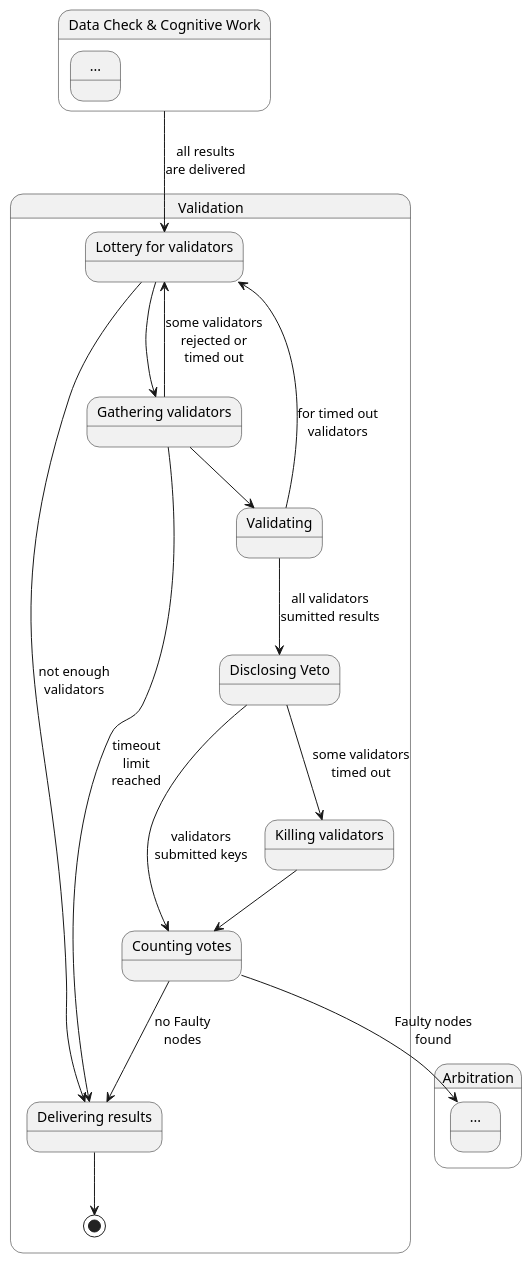
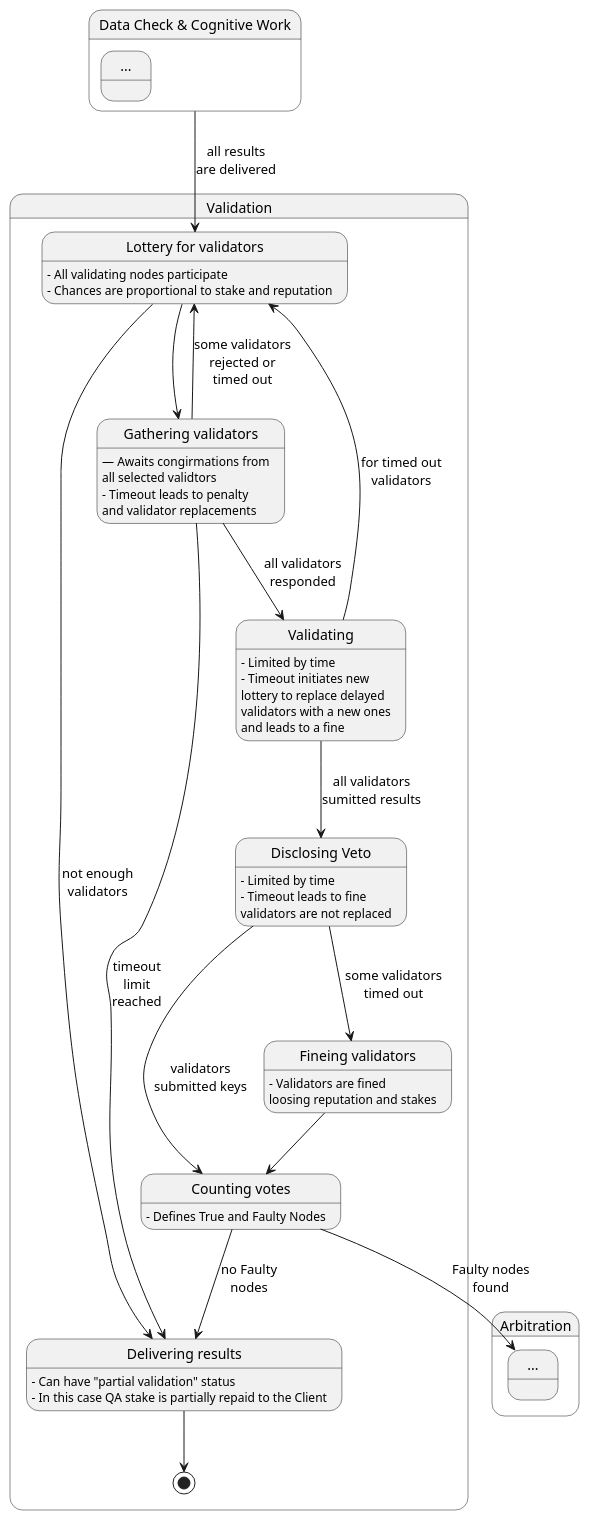
Before and after one commit to pandoraboxchain/pocw-techspecs: the diagram in state_validation.plantuml, drawn with PlantUML.

```diff
--- a/state_validation.plantuml
+++ b/state_validation.plantuml
@@ -1,35 +1,61 @@
 @startuml
 state "Data Check & Cognitive Work" as cognition {
   state "..." as prev
 }
 
 state "Validation" as validation {
-  state "Lottery for validators" as lottery2
-  state "Gathering validators" as wait2
+  state "Lottery for validators" as lottery
+  state "Gathering validators" as wait
   state "Validating" as validating
-  state "Disclosing Veto" as disclosing1
-  state "Counting votes" as counting1
-  state "Killing validators" as killing1
-  state "Delivering results" as delivering1
+  state "Disclosing Veto" as disclosing
+  state "Counting votes" as counting
+  state "Fineing validators" as fineing
+  state "Delivering results" as delivering
 
-  cognition --> lottery2: all results\nare delivered
-  lottery2 --> wait2
-  lottery2 --> delivering1: not enough\nvalidators
-  wait2 --> lottery2: some validators\nrejected or\ntimed out
-  wait2 --> validating
-  wait2 --> delivering1: timeout\nlimit\nreached
-  validating --> lottery2: for timed out\nvalidators
-  validating --> disclosing1: all validators\nsumitted results
-  disclosing1 --> counting1: validators\nsubmitted keys
-  disclosing1 --> killing1: some validators\ntimed out
-  killing1 --> counting1
-  counting1 --> delivering1: no Faulty\nnodes
-  delivering1 --> [*]
+  lottery: – All validating nodes participate
+  lottery: – Chances are proportional to stake and reputation
+
+  wait: — Awaits congirmations from
+  wait:   all selected validtors
+  wait: – Timeout leads to penalty
+  wait:   and validator replacements
+
+  delivering: – Can have "partial validation" status
+  delivering: – In this case QA stake is partially repaid to the Client
+
+  validating: – Limited by time
+  validating: – Timeout initiates new
+  validating:   lottery to replace delayed
+  validating:   validators with a new ones
+  validating:   and leads to a fine
+
+  disclosing: – Limited by time
+  disclosing: – Timeout leads to fine
+  disclosing:   validators are not replaced
+
+  fineing: – Validators are fined
+  fineing:   loosing reputation and stakes
+
+  counting: – Defines True and Faulty Nodes
+
+  cognition --> lottery: all results\nare delivered
+  lottery --> wait
+  lottery --> delivering: not enough\nvalidators
+  wait --> lottery: some validators\nrejected or\ntimed out
+  wait --> validating: all validators\nresponded
+  wait --> delivering: timeout\nlimit\nreached
+  validating --> disclosing: all validators\nsumitted results
+  validating --> lottery: for timed out\nvalidators
+  disclosing --> counting: validators\nsubmitted keys
+  disclosing --> fineing: some validators\ntimed out
+  fineing --> counting
+  counting --> delivering: no Faulty\nnodes
+  delivering --> [*]
 }
 
 state "Arbitration" as arbitration {
   state "..." as more
 }
 
-counting1 --> more: Faulty nodes\nfound
+counting --> more: Faulty nodes\nfound
 @enduml
```
